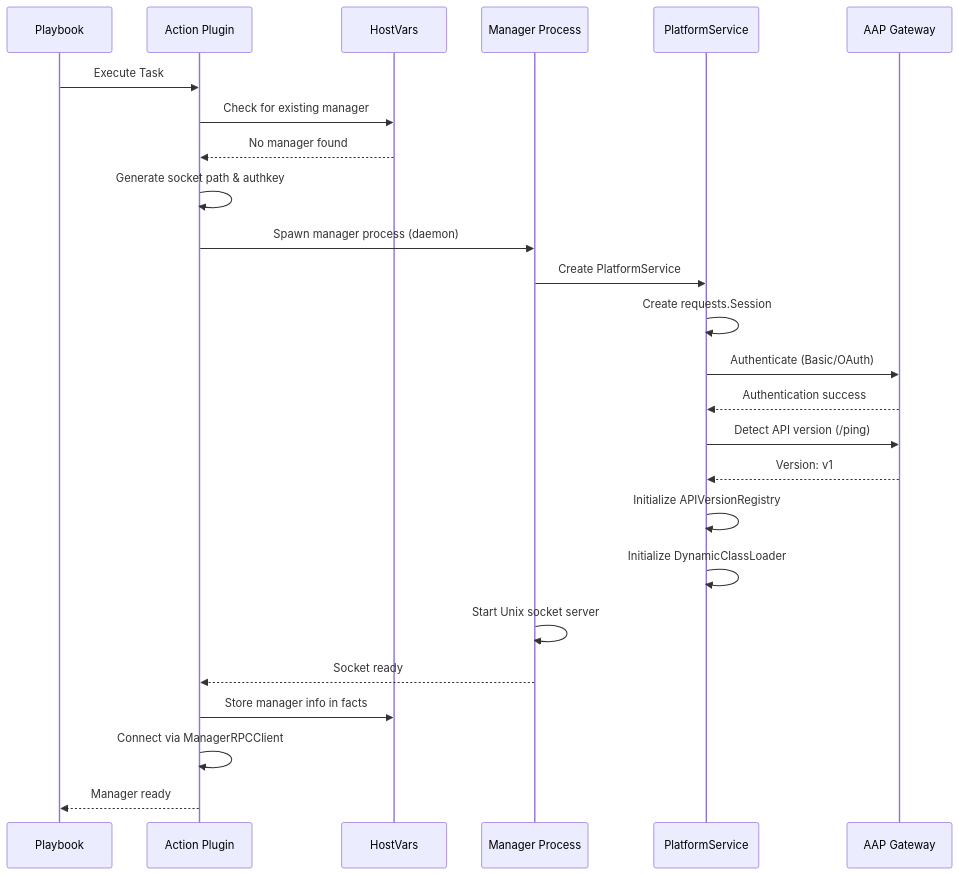
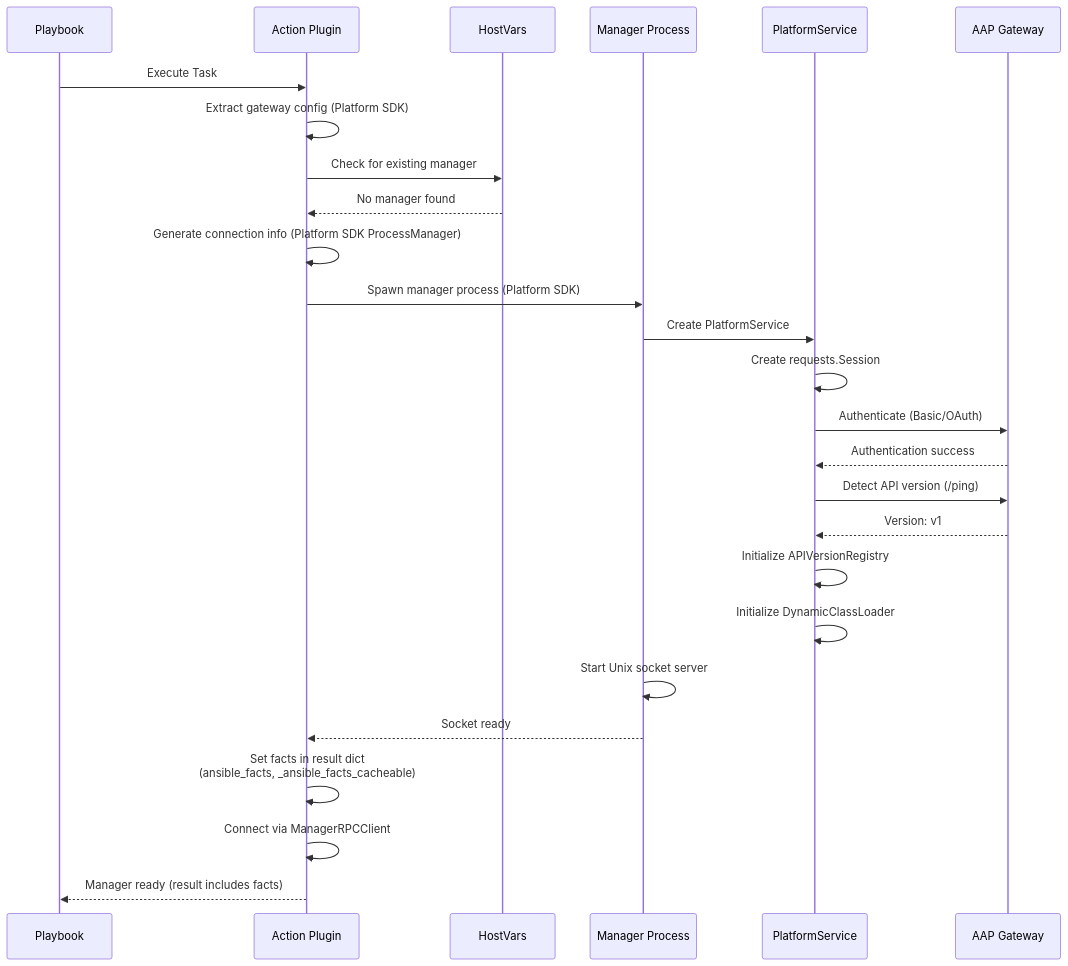
One commit to ansible/ansible.platform changed the fifth of 12 diagrams in docs/ARCHITECTURE_DIAGRAMS.md. Above: the diagram before and after it, drawn with Mermaid. The commit also changed other lines of this file and 19 other files, not shown here.

````diff
--- a/docs/ARCHITECTURE_DIAGRAMS.md
+++ b/docs/ARCHITECTURE_DIAGRAMS.md
@@ -215,31 +221,32 @@
 ```mermaid
 sequenceDiagram
     participant PB as Playbook
     participant AP as Action Plugin
     participant HV as HostVars
     participant PM as Manager Process
     participant PS as PlatformService
     participant API as AAP Gateway
 
     PB->>AP: Execute Task
+    AP->>AP: Extract gateway config (Platform SDK)
     AP->>HV: Check for existing manager
     HV-->>AP: No manager found
     
-    AP->>AP: Generate socket path & authkey
-    AP->>PM: Spawn manager process (daemon)
+    AP->>AP: Generate connection info (Platform SDK ProcessManager)
+    AP->>PM: Spawn manager process (Platform SDK)
     
     PM->>PS: Create PlatformService
     PS->>PS: Create requests.Session
     PS->>API: Authenticate (Basic/OAuth)
     API-->>PS: Authentication success
     PS->>API: Detect API version (/ping)
     API-->>PS: Version: v1
     PS->>PS: Initialize APIVersionRegistry
     PS->>PS: Initialize DynamicClassLoader
     PM->>PM: Start Unix socket server
     
     PM-->>AP: Socket ready
-    AP->>HV: Store manager info in facts
+    AP->>AP: Set facts in result dict<br/>(ansible_facts, _ansible_facts_cacheable)
     AP->>AP: Connect via ManagerRPCClient
-    AP-->>PB: Manager ready
+    AP-->>PB: Manager ready (result includes facts)
 ```
````
